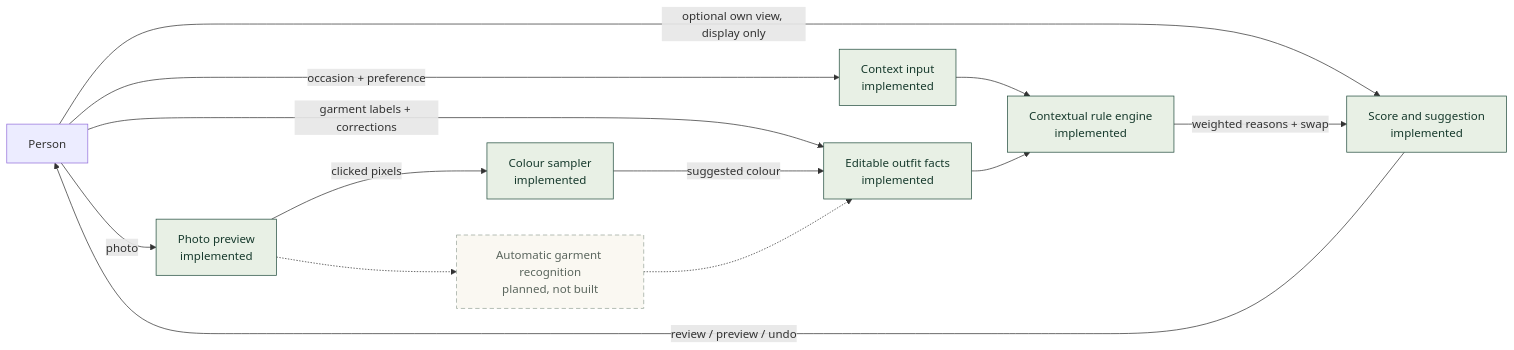
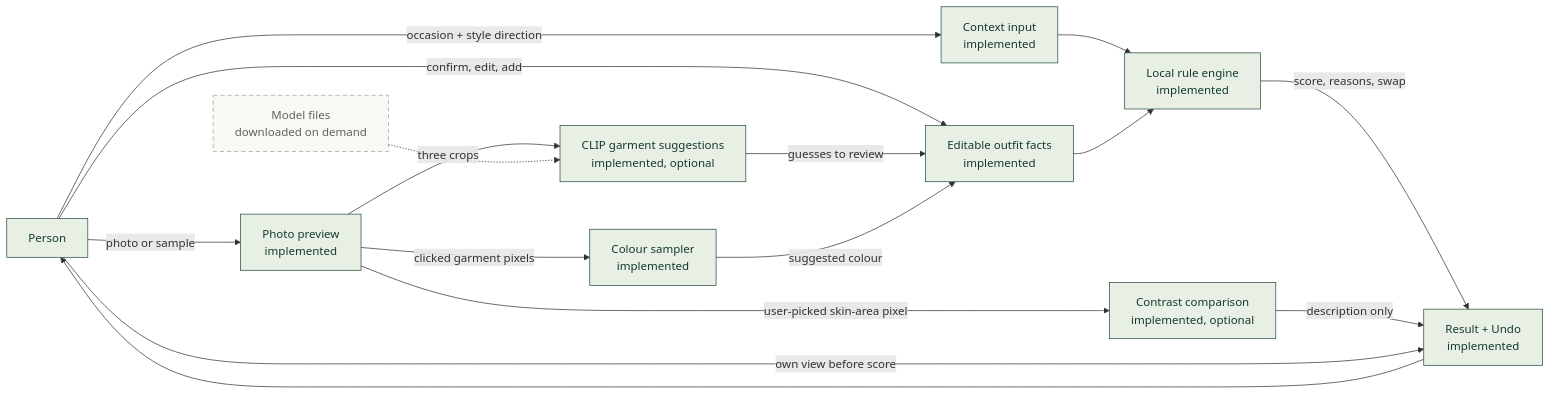
One commit to sasvatt11/outfit-considered-a2 changed the diagram in docs/architecture.mmd. Above: the diagram before and after it, drawn with Mermaid. The commit also changed 18 other files, not shown here.

Commit message:
Add optional garment vision and clarify personalisation controls

```diff
--- a/docs/architecture.mmd
+++ b/docs/architecture.mmd
@@ -1,18 +1,21 @@
 flowchart LR
-    U[Person] -->|occasion + preference| C[Context input<br/>implemented]
-    U -->|optional own view, display only| O
-    U -->|photo| P[Photo preview<br/>implemented]
-    U -->|garment labels + corrections| E[Editable outfit facts<br/>implemented]
-    P -->|clicked pixels| S[Colour sampler<br/>implemented]
-    S -->|suggested colour| E
-    C --> R[Contextual rule engine<br/>implemented]
+    U[Person] -->|photo or sample| P[Photo preview<br/>implemented]
+    P -->|three crops| V[CLIP garment suggestions<br/>implemented, optional]
+    M[Model files<br/>downloaded on demand] -.-> V
+    U -->|confirm, edit, add| E[Editable outfit facts<br/>implemented]
+    V -->|guesses to review| E
+    P -->|clicked garment pixels| C[Colour sampler<br/>implemented]
+    C -->|suggested colour| E
+    U -->|occasion + style direction| X[Context input<br/>implemented]
+    X --> R[Local rule engine<br/>implemented]
     E --> R
-    R -->|weighted reasons + swap| O[Score and suggestion<br/>implemented]
-    O -->|review / preview / undo| U
-    P -.-> V[Automatic garment recognition<br/>planned, not built]
-    V -.-> E
+    R -->|score, reasons, swap| O[Result + Undo<br/>implemented]
+    O --> U
+    P -->|user-picked skin-area pixel| S[Contrast comparison<br/>implemented, optional]
+    S -->|description only| O
+    U -->|own view before score| O
 
     classDef built fill:#e8f0e5,stroke:#244e3f,color:#173a2d;
-    classDef planned fill:#faf8f2,stroke:#9aa69b,color:#5b665e,stroke-dasharray:6 4;
-    class C,P,E,S,R,O built;
-    class V planned;
+    classDef external fill:#faf8f2,stroke:#9aa69b,color:#5b665e,stroke-dasharray:6 4;
+    class U,P,V,E,C,X,R,O,S built;
+    class M external;
```
